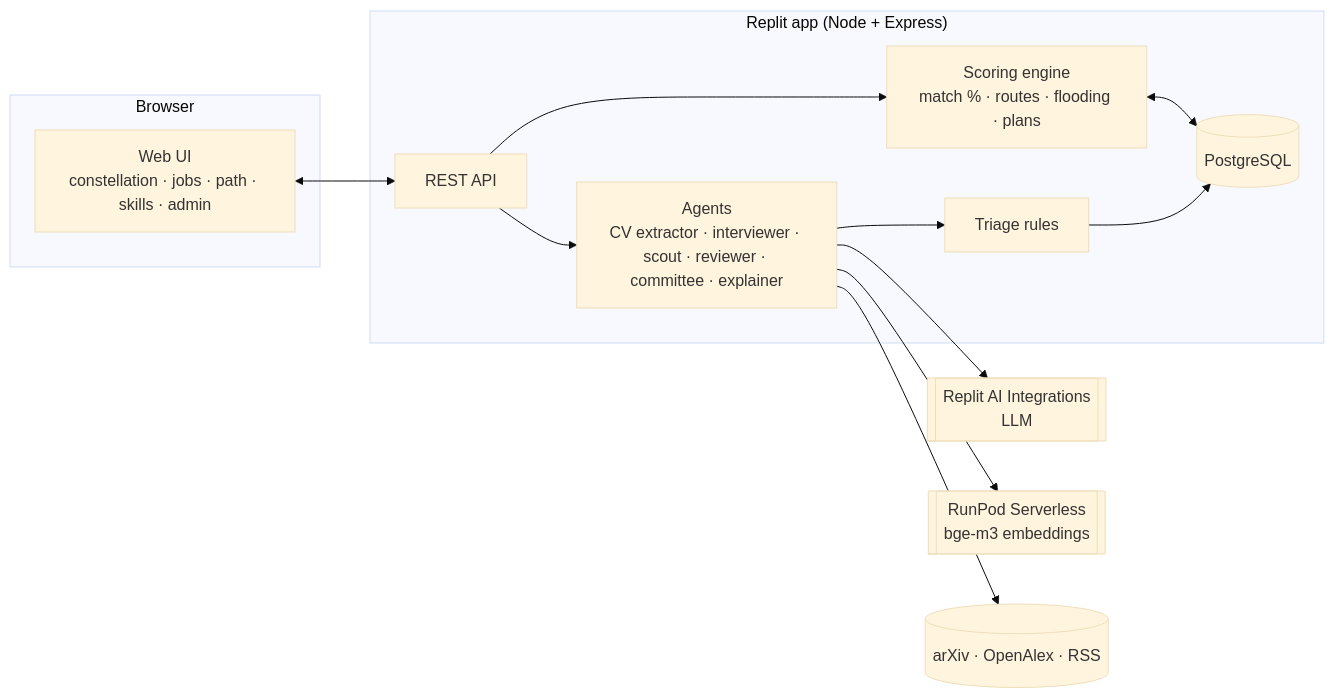
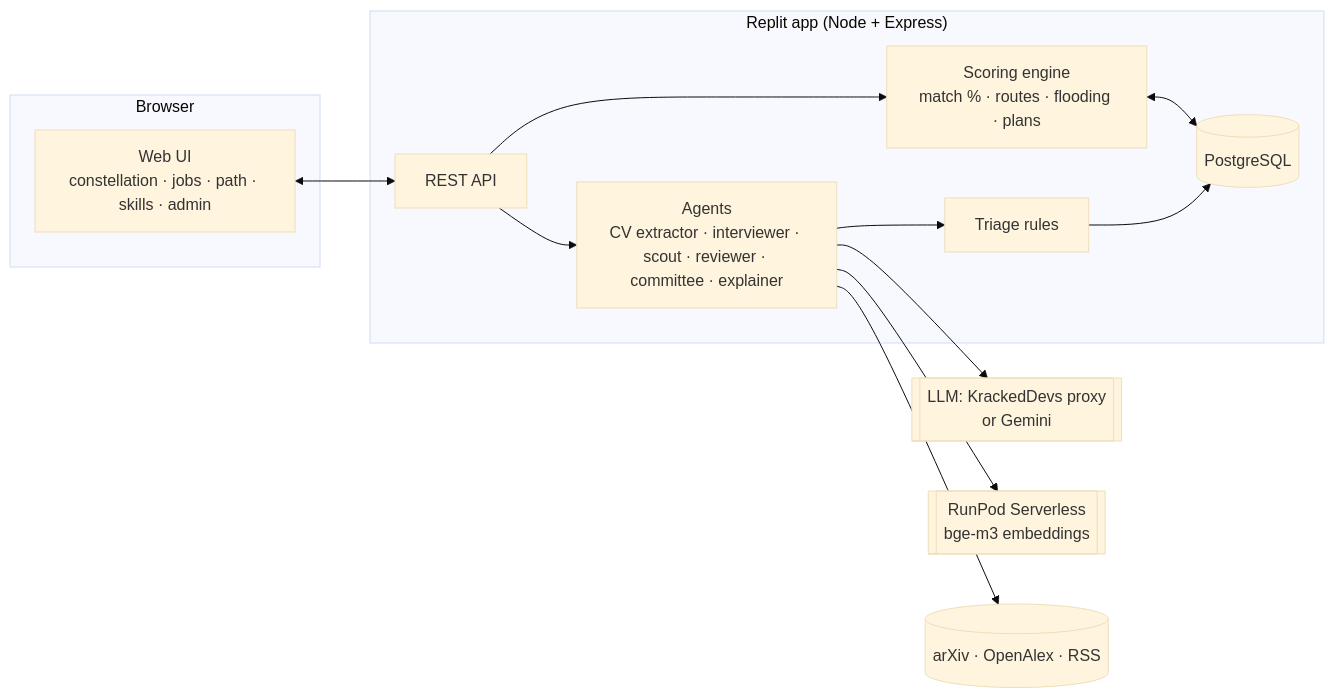
Before and after one commit to shenenleow10521/SdcHackathon: the second of 2 diagrams in docs/ARCHITECTURE.md, drawn with Mermaid (base theme). The commit also changed other lines of this file and 5 other files, not shown here.

First line of the commit message:
Final-round docs: architecture, API and data sources updated for the final build

````diff
--- a/docs/ARCHITECTURE.md
+++ b/docs/ARCHITECTURE.md
@@ -28,25 +95,25 @@
 ```mermaid
 flowchart LR
   subgraph Browser
     UI[Web UI<br/>constellation · jobs · path · skills · admin]
   end
   subgraph Replit["Replit app (Node + Express)"]
     API[REST API]
     ENG[Scoring engine<br/>match % · routes · flooding · plans]
     AG[Agents<br/>CV extractor · interviewer · scout · reviewer · committee · explainer]
     TRI[Triage rules]
     DB[(PostgreSQL)]
   end
-  LLM[[Replit AI Integrations<br/>LLM]]
+  LLM[[LLM: KrackedDevs proxy<br/>or Gemini]]
   EMB[[RunPod Serverless<br/>bge-m3 embeddings]]
   SRC[(arXiv · OpenAlex · RSS)]
 
   UI <--> API
   API --> ENG
   API --> AG
   ENG <--> DB
   AG --> LLM
   AG --> EMB
   AG --> SRC
   AG --> TRI --> DB
 ```
````
